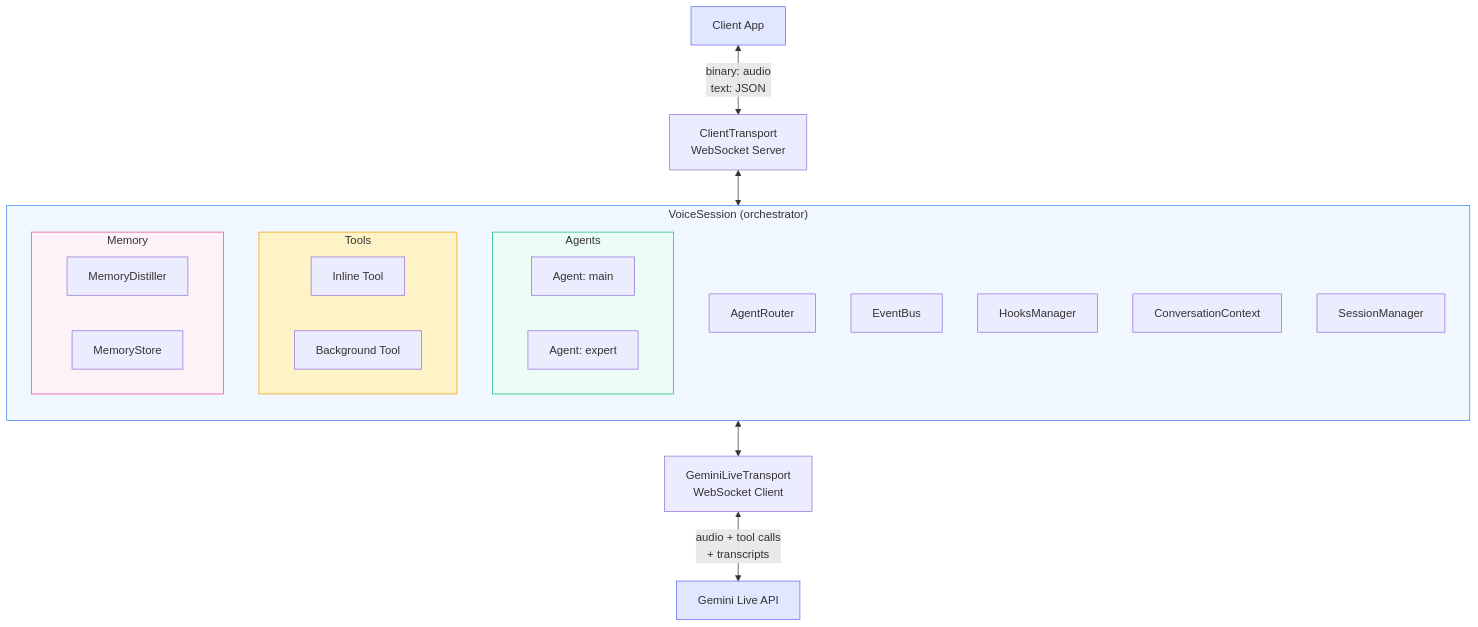
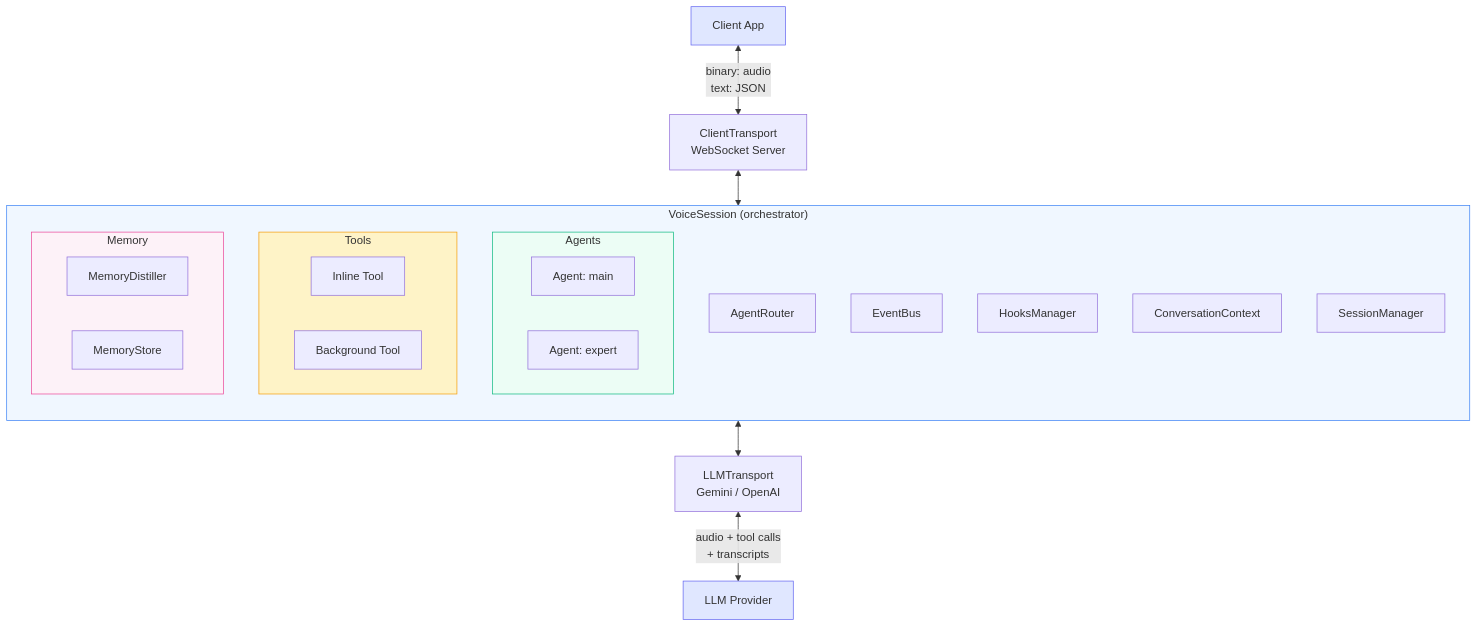
One commit to randombet/bodhi_realtime_agent changed the first of 11 diagrams in docs/guide/architecture.md. Above: the diagram before and after it, drawn with Mermaid. The commit also changed other lines of this file and 15 other files, not shown here.

First line of the commit message:
docs: update all docs for LLM transport decoupling (multi-provider support)

````diff
--- a/docs/guide/architecture.md
+++ b/docs/guide/architecture.md
@@ -9,43 +9,43 @@
 ```mermaid
 graph TB
     subgraph VoiceSession["VoiceSession (orchestrator)"]
         direction TB
         AR[AgentRouter]
         EC[EventBus]
         HM[HooksManager]
         CC[ConversationContext]
         SM[SessionManager]
 
         subgraph Agents["Agents"]
             A1["Agent: main"]
             A2["Agent: expert"]
         end
 
         subgraph Tools["Tools"]
             T1["Inline Tool"]
             T2["Background Tool"]
         end
 
         subgraph Memory["Memory"]
             MD[MemoryDistiller]
             MS[MemoryStore]
         end
     end
 
     CT[ClientTransport<br/>WebSocket Server]
-    GT[GeminiLiveTransport<br/>WebSocket Client]
+    LT[LLMTransport<br/>Gemini / OpenAI]
     Client["Client App"]
-    Gemini["Gemini Live API"]
+    LLM["LLM Provider"]
 
     Client <-->|"binary: audio<br/>text: JSON"| CT
     CT <--> VoiceSession
-    VoiceSession <--> GT
-    GT <-->|"audio + tool calls<br/>+ transcripts"| Gemini
+    VoiceSession <--> LT
+    LT <-->|"audio + tool calls<br/>+ transcripts"| LLM
 
     style VoiceSession fill:#f0f7ff,stroke:#3b82f6
     style Agents fill:#ecfdf5,stroke:#10b981
     style Tools fill:#fef3c7,stroke:#f59e0b
     style Memory fill:#fdf2f8,stroke:#ec4899
     style Client fill:#e0e7ff,stroke:#6366f1
-    style Gemini fill:#e0e7ff,stroke:#6366f1
+    style LLM fill:#e0e7ff,stroke:#6366f1
 ```
````
